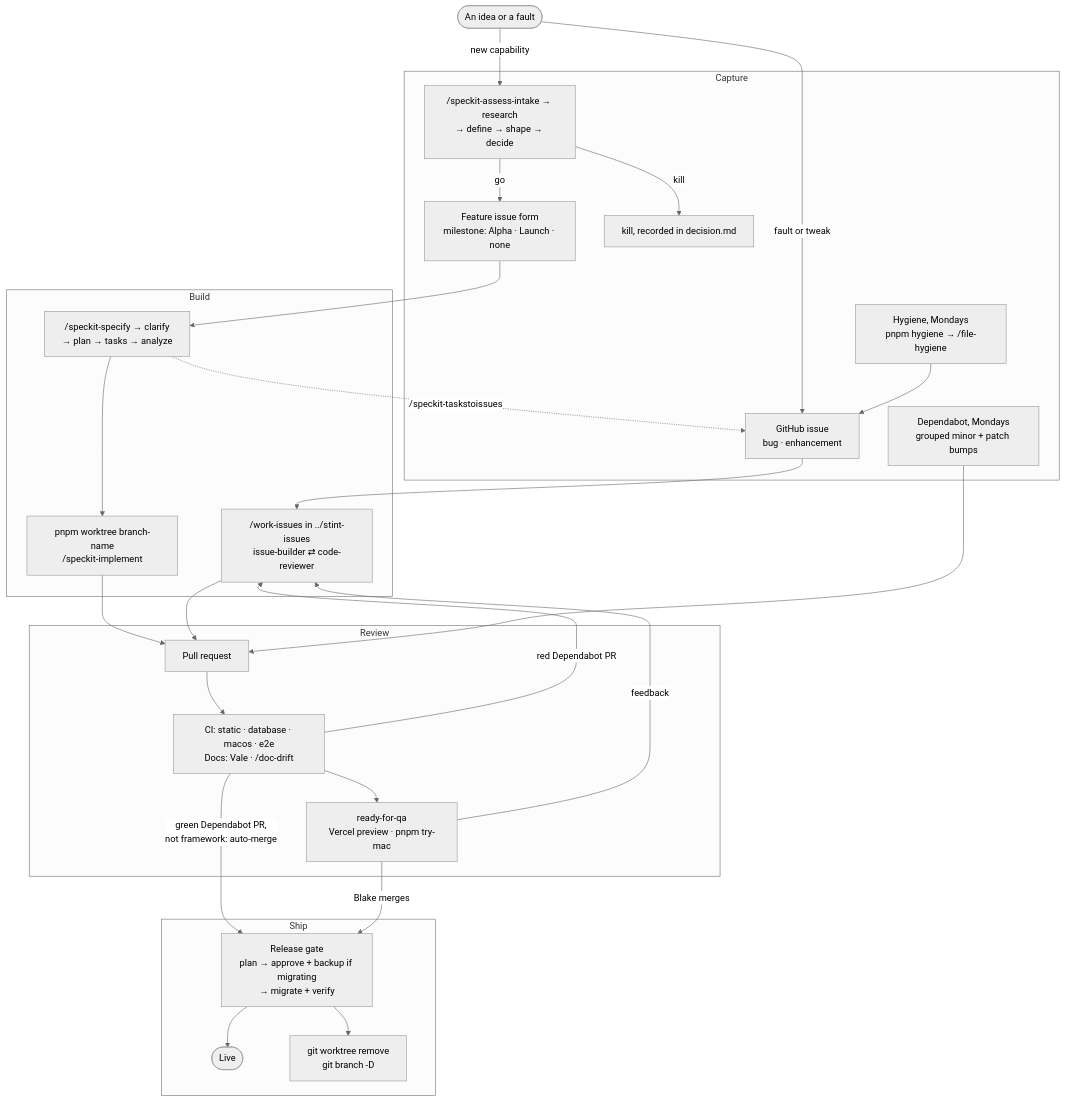
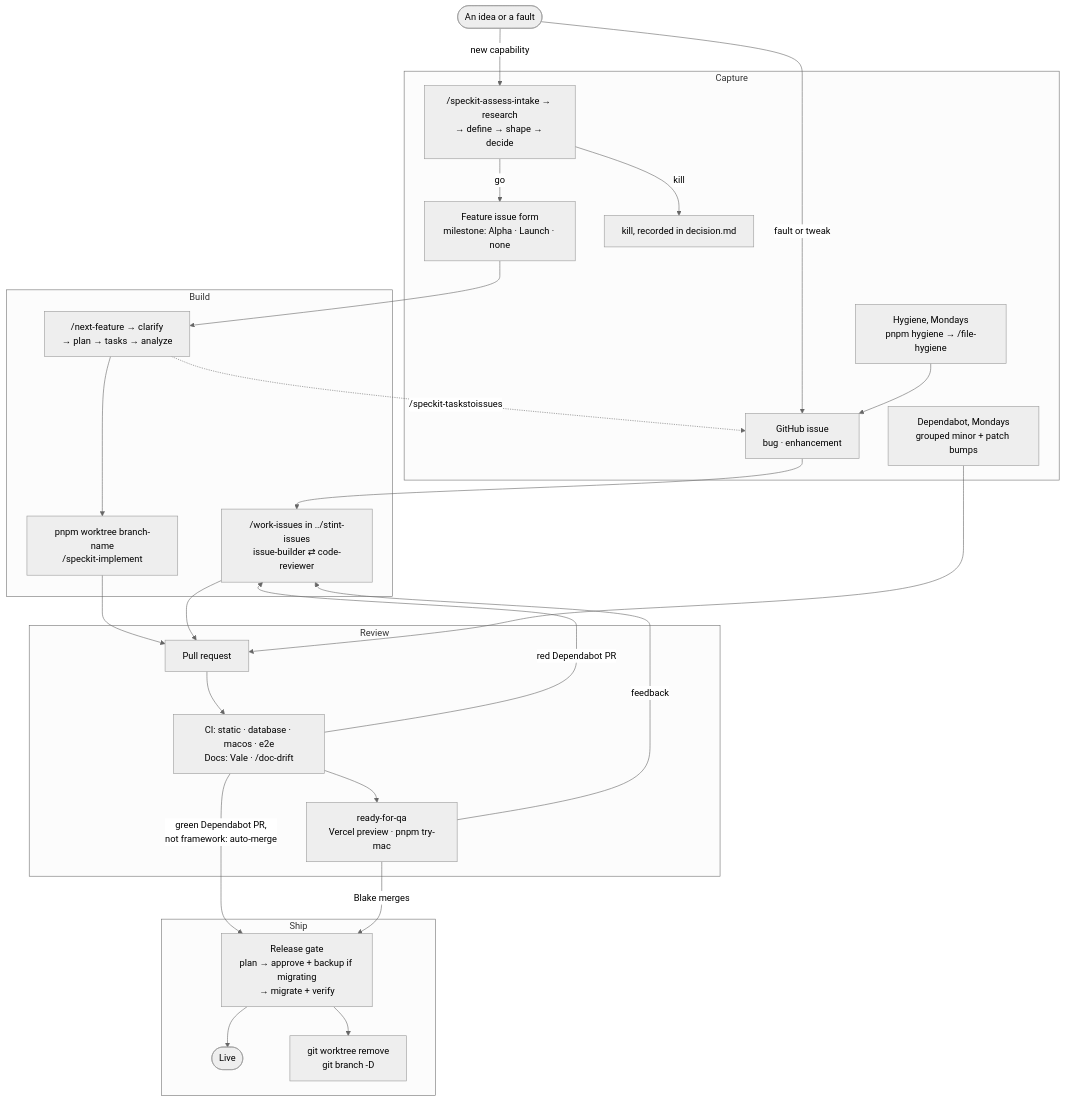
The diagram in docs/sdlc.md (BlakeEriks/stint), drawn with Mermaid (neutral theme) before and after one commit. The commit also changed 2 other files, not shown here.

Commit message:
Add next-feature command and update workflow in SDLC documentation

````diff
--- a/docs/sdlc.md
+++ b/docs/sdlc.md
@@ -6,51 +6,51 @@
 ```mermaid
 flowchart TD
   idea([An idea or a fault])
 
   subgraph Capture
     issue["GitHub issue<br/>bug · enhancement"]
     assess["/speckit-assess-intake → research<br/>→ define → shape → decide"]
     feature["Feature issue form<br/>milestone: Alpha · Launch · none"]
     killed["kill, recorded in decision.md"]
     hygiene["Hygiene, Mondays<br/>pnpm hygiene → /file-hygiene"]
     deps["Dependabot, Mondays<br/>grouped minor + patch bumps"]
   end
 
   subgraph Build
-    spec["/speckit-specify → clarify<br/>→ plan → tasks → analyze"]
+    spec["/next-feature → clarify<br/>→ plan → tasks → analyze"]
     impl["pnpm worktree branch-name<br/>/speckit-implement"]
     wi["/work-issues in ../stint-issues<br/>issue-builder ⇄ code-reviewer"]
   end
 
   subgraph Review
     pr["Pull request"]
     ci["CI: static · database · macos · e2e<br/>Docs: Vale · /doc-drift"]
     qa["ready-for-qa<br/>Vercel preview · pnpm try-mac"]
   end
 
   subgraph Ship
     release["Release gate<br/>plan → approve + backup if migrating<br/>→ migrate + verify"]
     live([Live])
     cleanup["git worktree remove<br/>git branch -D"]
   end
 
   idea -->|fault or tweak| issue
   idea -->|new capability| assess
   assess -->|go| feature
   assess -->|kill| killed
   hygiene --> issue
   feature --> spec
   spec --> impl
   spec -.->|/speckit-taskstoissues| issue
   issue --> wi
   impl --> pr
   wi --> pr
   deps --> pr
   pr --> ci --> qa
   ci -->|red Dependabot PR| wi
   ci -->|green Dependabot PR,<br/>not framework: auto-merge| release
   qa -->|feedback| wi
   qa -->|Blake merges| release
   release --> live
   release --> cleanup
 ```
````
